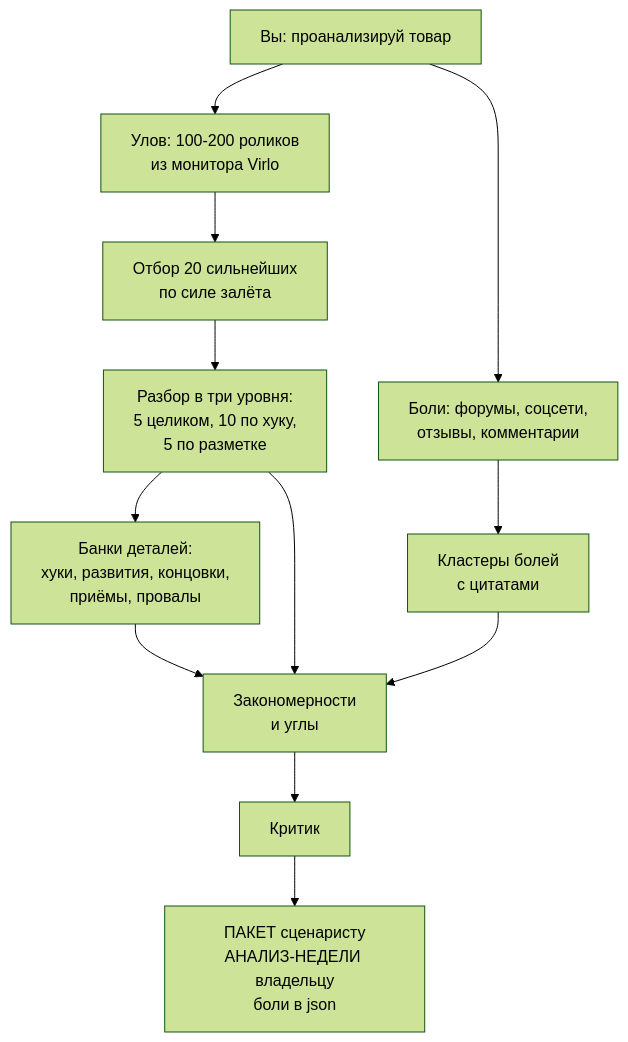
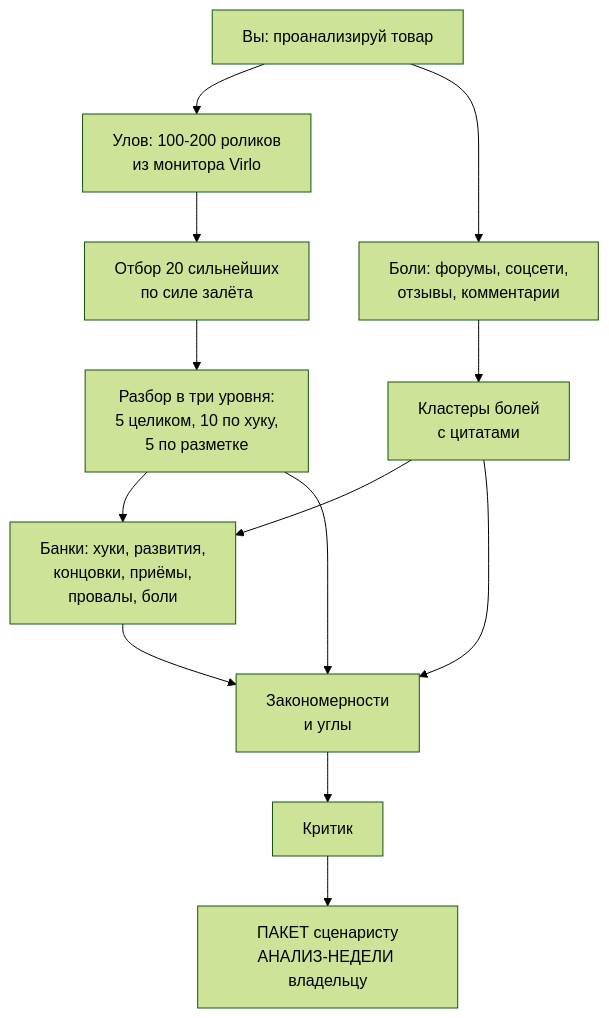
The diagram in README.md (Gor1x1/trend-analysis), drawn with Mermaid (forest theme) before and after one commit. The commit also changed other lines of this file and 17 other files, not shown here.

````diff
--- a/README.md
+++ b/README.md
@@ -30,14 +30,15 @@
 ```mermaid
 flowchart TD
     A["Вы: проанализируй товар"] --> B["Улов: 100-200 роликов<br/>из монитора Virlo"]
     A --> C["Боли: форумы, соцсети,<br/>отзывы, комментарии"]
     B --> D["Отбор 20 сильнейших<br/>по силе залёта"]
     D --> E["Разбор в три уровня:<br/>5 целиком, 10 по хуку,<br/>5 по разметке"]
     C --> F["Кластеры болей<br/>с цитатами"]
-    E --> G["Банки деталей:<br/>хуки, развития, концовки,<br/>приёмы, провалы"]
+    F --> G
+    E --> G["Банки: хуки, развития,<br/>концовки, приёмы,<br/>провалы, боли"]
     E --> H["Закономерности<br/>и углы"]
     F --> H
     G --> H
     H --> I["Критик"]
-    I --> J["ПАКЕТ сценаристу<br/>АНАЛИЗ-НЕДЕЛИ владельцу<br/>боли в json"]
+    I --> J["ПАКЕТ сценаристу<br/>АНАЛИЗ-НЕДЕЛИ владельцу"]
 ```
````
